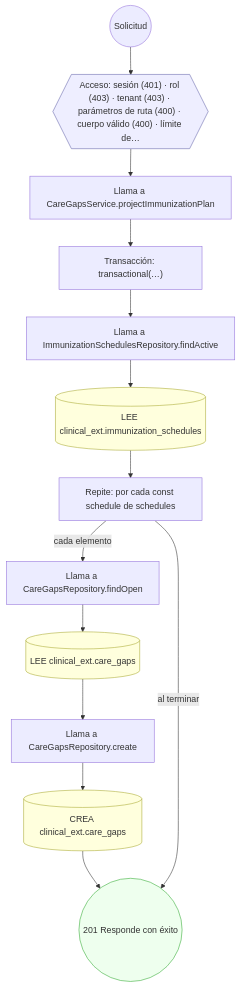
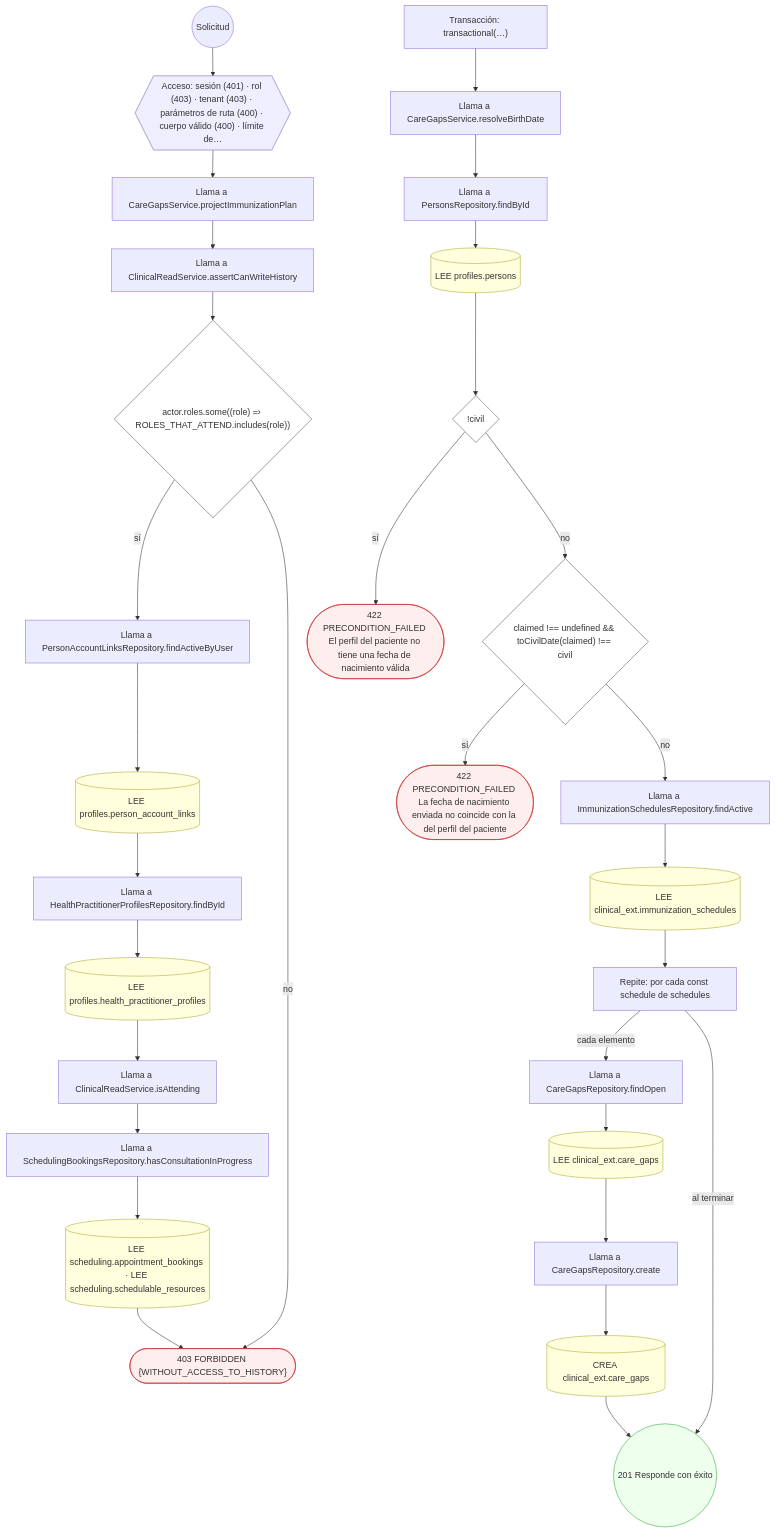
One commit to mdavila-2001/mantra-core-health-api changed diagram 17 of 26 in docs/inventario/flujos/clinical_ext.md. Above: the diagram before and after it, drawn with Mermaid. The commit also changed other lines of this file and 438 other files, not shown here.

````diff
--- a/docs/inventario/flujos/clinical_ext.md
+++ b/docs/inventario/flujos/clinical_ext.md
@@ -1035,33 +1223,67 @@
 ```mermaid
 flowchart TD
   n1(("Solicitud")):::inicio
   n2{{"Acceso: sesión (401) · rol (403) · tenant (403) · parámetros de ruta (400) · cuerpo válido (400) · límite de…"}}:::acceso
   n1 --> n2
   n3["Llama a CareGapsService.projectImmunizationPlan"]:::llamada
   n2 --> n3
-  n4["Transacción: transactional(…)"]:::transaccion
+  n4["Llama a ClinicalReadService.assertCanWriteHistory"]:::llamada
   n3 --> n4
-  n5["Llama a ImmunizationSchedulesRepository.findActive"]:::llamada
+  n5{"actor.roles.some((role) =› ROLES_THAT_ATTEND.includes(role))"}:::decision
   n4 --> n5
-  n6[("LEE clinical_ext.immunization_schedules")]:::efecto
-  n5 --> n6
-  n7["Repite: por cada const schedule de schedules"]:::bucle
+  n6["Llama a PersonAccountLinksRepository.findActiveByUser"]:::llamada
+  n5 -->|"sí"| n6
+  n7[("LEE profiles.person_account_links")]:::efecto
   n6 --> n7
-  n8["Llama a CareGapsRepository.findOpen"]:::llamada
-  n7 -->|"cada elemento"| n8
-  n9[("LEE clinical_ext.care_gaps")]:::efecto
+  n8["Llama a HealthPractitionerProfilesRepository.findById"]:::llamada
+  n7 --> n8
+  n9[("LEE profiles.health_practitioner_profiles")]:::efecto
   n8 --> n9
-  n10["Llama a CareGapsRepository.create"]:::llamada
+  n10["Llama a ClinicalReadService.isAttending"]:::llamada
   n9 --> n10
-  n11[("CREA clinical_ext.care_gaps")]:::efecto
+  n11["Llama a SchedulingBookingsRepository.hasConsultationInProgress"]:::llamada
   n10 --> n11
-  n12(("201 Responde con éxito")):::ok
+  n12[("LEE scheduling.appointment_bookings · LEE scheduling.schedulable_resources")]:::efecto
   n11 --> n12
-  n7 -->|"al terminar"| n12
+  n13(["403 FORBIDDEN {WITHOUT_ACCESS_TO_HISTORY}"]):::error
+  n12 --> n13
+  n5 -->|"no"| n13
+  n14["Transacción: transactional(…)"]:::transaccion
+  n15["Llama a CareGapsService.resolveBirthDate"]:::llamada
+  n14 --> n15
+  n16["Llama a PersonsRepository.findById"]:::llamada
+  n15 --> n16
+  n17[("LEE profiles.persons")]:::efecto
+  n16 --> n17
+  n18{"!civil"}:::decision
+  n17 --> n18
+  n19(["422 PRECONDITION_FAILED El perfil del paciente no tiene una fecha de nacimiento válida"]):::error
+  n18 -->|"sí"| n19
+  n20{"claimed !== undefined && toCivilDate(claimed) !== civil"}:::decision
+  n18 -->|"no"| n20
+  n21(["422 PRECONDITION_FAILED La fecha de nacimiento enviada no coincide con la del perfil del paciente"]):::error
+  n20 -->|"sí"| n21
+  n22["Llama a ImmunizationSchedulesRepository.findActive"]:::llamada
+  n20 -->|"no"| n22
+  n23[("LEE clinical_ext.immunization_schedules")]:::efecto
+  n22 --> n23
+  n24["Repite: por cada const schedule de schedules"]:::bucle
+  n23 --> n24
+  n25["Llama a CareGapsRepository.findOpen"]:::llamada
+  n24 -->|"cada elemento"| n25
+  n26[("LEE clinical_ext.care_gaps")]:::efecto
+  n25 --> n26
+  n27["Llama a CareGapsRepository.create"]:::llamada
+  n26 --> n27
+  n28[("CREA clinical_ext.care_gaps")]:::efecto
+  n27 --> n28
+  n29(("201 Responde con éxito")):::ok
+  n28 --> n29
+  n24 -->|"al terminar"| n29
   classDef acceso fill:#eef,stroke:#66a
   classDef error fill:#fee,stroke:#c33
   classDef ok fill:#efe,stroke:#3a3
   classDef efecto fill:#ffd,stroke:#aa3
   classDef decision fill:#fff,stroke:#555
   classDef corte fill:#eee,stroke:#999,stroke-dasharray: 4
 ```
````
